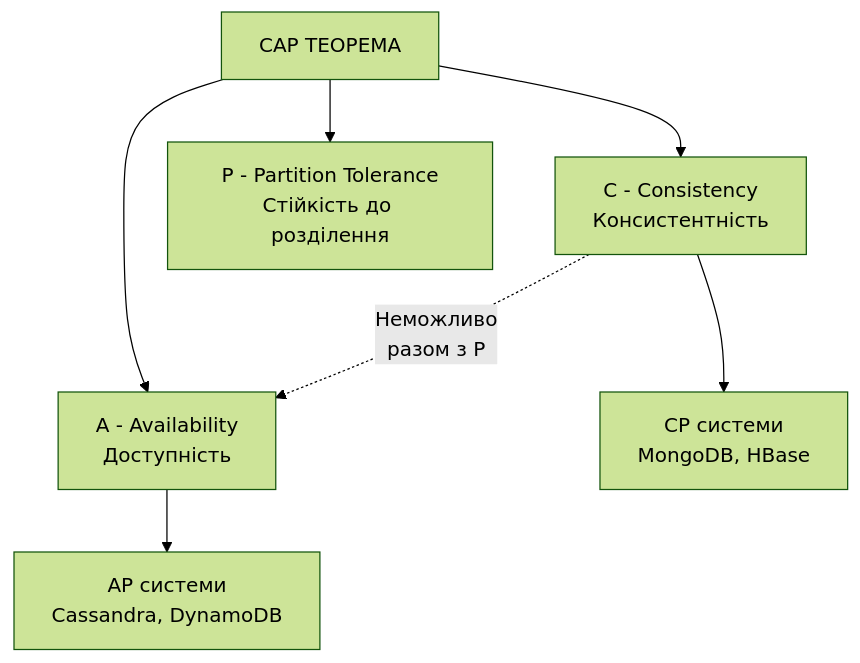
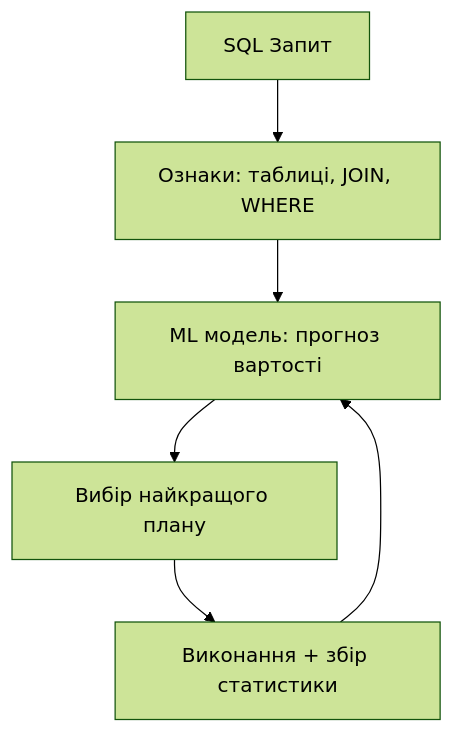
One commit to olroi421/course-bd changed the second of 9 diagrams in presentations/presentation-16.md. Above: the diagram before and after it, drawn with Mermaid (forest theme). The commit also changed other lines of this file and 26 other files, not shown here.

````diff
--- a/presentations/presentation-16.md
+++ b/presentations/presentation-16.md
@@ -113,10 +80,8 @@
 ```mermaid
-graph TD
-    A[CAP ТЕОРЕМА] --> B[C - Consistency<br/>Консистентність]
-    A --> C[A - Availability<br/>Доступність]
-    A --> D[P - Partition Tolerance<br/>Стійкість до розділення]
-
-    B --> E[CP системи<br/>MongoDB, HBase]
-    C --> F[AP системи<br/>Cassandra, DynamoDB]
-    B -.->|Неможливо<br/>разом з P| C
+graph TB
+    A[SQL Запит] --> B[Ознаки: таблиці, JOIN, WHERE]
+    B --> C[ML модель: прогноз вартості]
+    C --> D[Вибір найкращого плану]
+    D --> E[Виконання + збір статистики]
+    E --> C
 ```
````
